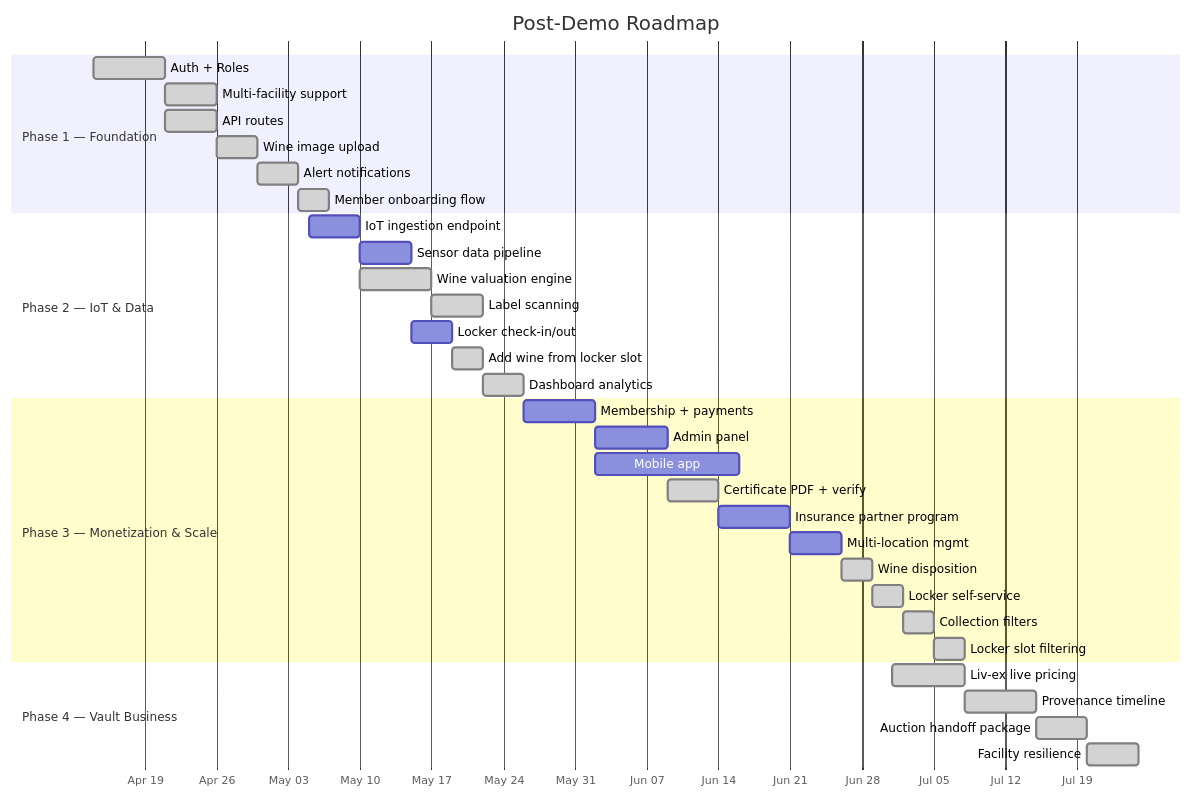
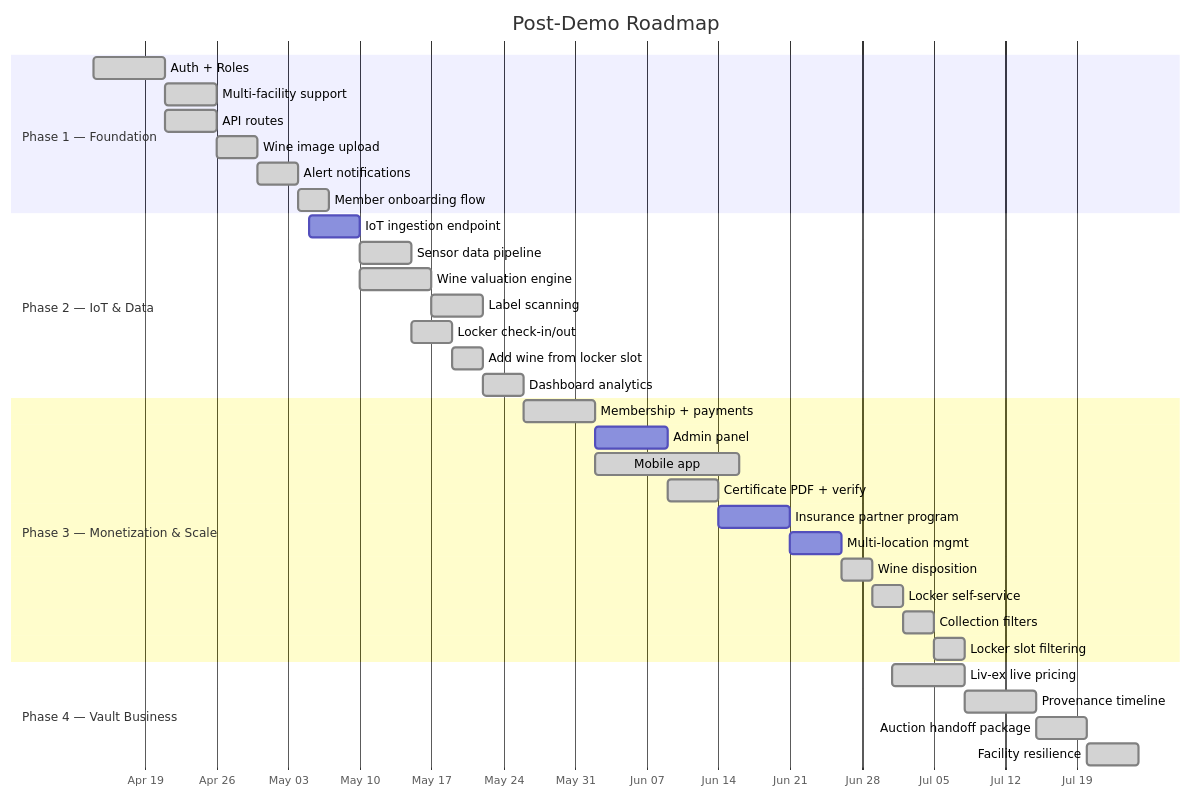
The diagram in SPEC.md (nathanielsohn/caveau-app), drawn with Mermaid before and after one commit. The commit also changed other lines of this file and 61 other files, not shown here.

First line of the commit message:
feat(29): mobile app companion (Expo)

````diff
--- a/SPEC.md
+++ b/SPEC.md
@@ -273,41 +273,41 @@
 ```mermaid
 gantt
     title Post-Demo Roadmap
     dateFormat YYYY-MM-DD
     axisFormat %b %d
 
     section Phase 1 — Foundation
     Auth + Roles              :done, p1a, 2026-04-14, 7d
     Multi-facility support    :done, p1b, after p1a, 5d
     API routes                :done, p1c, after p1a, 5d
     Wine image upload         :done, p1d, after p1c, 4d
     Alert notifications       :done, p1e, after p1d, 4d
     Member onboarding flow    :done, p1f, after p1e, 3d
 
     section Phase 2 — IoT & Data
     IoT ingestion endpoint    :p2a, 2026-05-05, 5d
-    Sensor data pipeline      :p2b, after p2a, 5d
+    Sensor data pipeline      :done, p2b, after p2a, 5d
     Wine valuation engine     :done, p2c, after p2a, 7d
     Label scanning            :done, p2d, after p2c, 5d
-    Locker check-in/out       :p2e, after p2b, 4d
+    Locker check-in/out       :done, p2e, after p2b, 4d
     Add wine from locker slot :done, p2g, after p2e, 3d
     Dashboard analytics       :done, p2f, after p2g, 4d
 
     section Phase 3 — Monetization & Scale
-    Membership + payments     :p3a, 2026-05-26, 7d
+    Membership + payments     :done, p3a, 2026-05-26, 7d
     Admin panel               :p3b, after p3a, 7d
-    Mobile app                :p3c, after p3a, 14d
+    Mobile app                :done, p3c, after p3a, 14d
     Certificate PDF + verify  :done, p3d, after p3b, 5d
     Insurance partner program :p3e, after p3d, 7d
     Multi-location mgmt       :p3f, after p3e, 5d
     Wine disposition          :done, p3h, after p3f, 3d
     Locker self-service       :done, p3i, after p3h, 3d
     Collection filters        :done, p3j, after p3i, 3d
     Locker slot filtering     :done, p3k, after p3j, 3d
 
     section Phase 4 — Vault Business
     Liv-ex live pricing       :done, p4a, 2026-07-01, 7d
     Provenance timeline       :done, p4b, after p4a, 7d
     Auction handoff package   :done, p4c, after p4b, 5d
     Facility resilience       :done, p4d, after p4c, 5d
 ```
````
